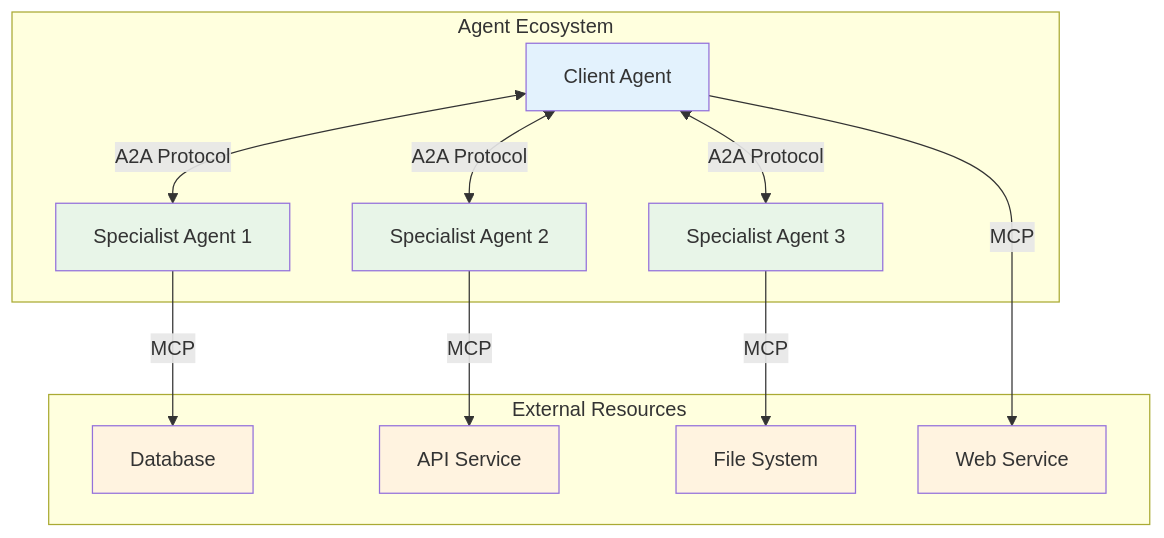
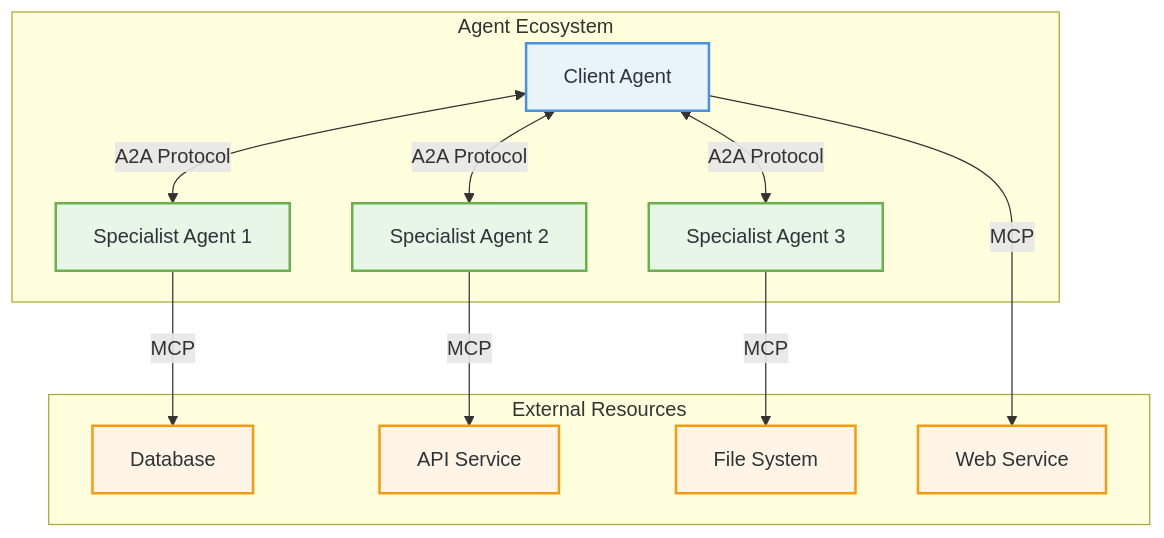
Before and after one commit to raphaelmansuy/tutorials: the second of 5 diagrams in 28-a2a.md, drawn with Mermaid. The commit also changed other lines of this file, not shown here.

````diff
--- a/28-a2a.md
+++ b/28-a2a.md
@@ -94,34 +130,34 @@
 ```mermaid
 graph TB
     subgraph "Agent Ecosystem"
         A[Client Agent]
         B[Specialist Agent 1]
         C[Specialist Agent 2]
         D[Specialist Agent 3]
     end
 
     subgraph "External Resources"
         E[Database]
         F[API Service]
         G[File System]
         H[Web Service]
     end
 
     A <-->|A2A Protocol| B
     A <-->|A2A Protocol| C
     A <-->|A2A Protocol| D
 
     B -->|MCP| E
     C -->|MCP| F
     D -->|MCP| G
     A -->|MCP| H
 
-    style A fill:#e3f2fd
-    style B fill:#e8f5e8
-    style C fill:#e8f5e8
-    style D fill:#e8f5e8
-    style E fill:#fff3e0
-    style F fill:#fff3e0
-    style G fill:#fff3e0
-    style H fill:#fff3e0
+    style A fill:#e8f4f8,stroke:#4a90e2,stroke-width:2px,color:#2d3436
+    style B fill:#e8f6e8,stroke:#6ab04c,stroke-width:2px,color:#2d3436
+    style C fill:#e8f6e8,stroke:#6ab04c,stroke-width:2px,color:#2d3436
+    style D fill:#e8f6e8,stroke:#6ab04c,stroke-width:2px,color:#2d3436
+    style E fill:#fff4e6,stroke:#f39c12,stroke-width:2px,color:#2d3436
+    style F fill:#fff4e6,stroke:#f39c12,stroke-width:2px,color:#2d3436
+    style G fill:#fff4e6,stroke:#f39c12,stroke-width:2px,color:#2d3436
+    style H fill:#fff4e6,stroke:#f39c12,stroke-width:2px,color:#2d3436
 ```
````
